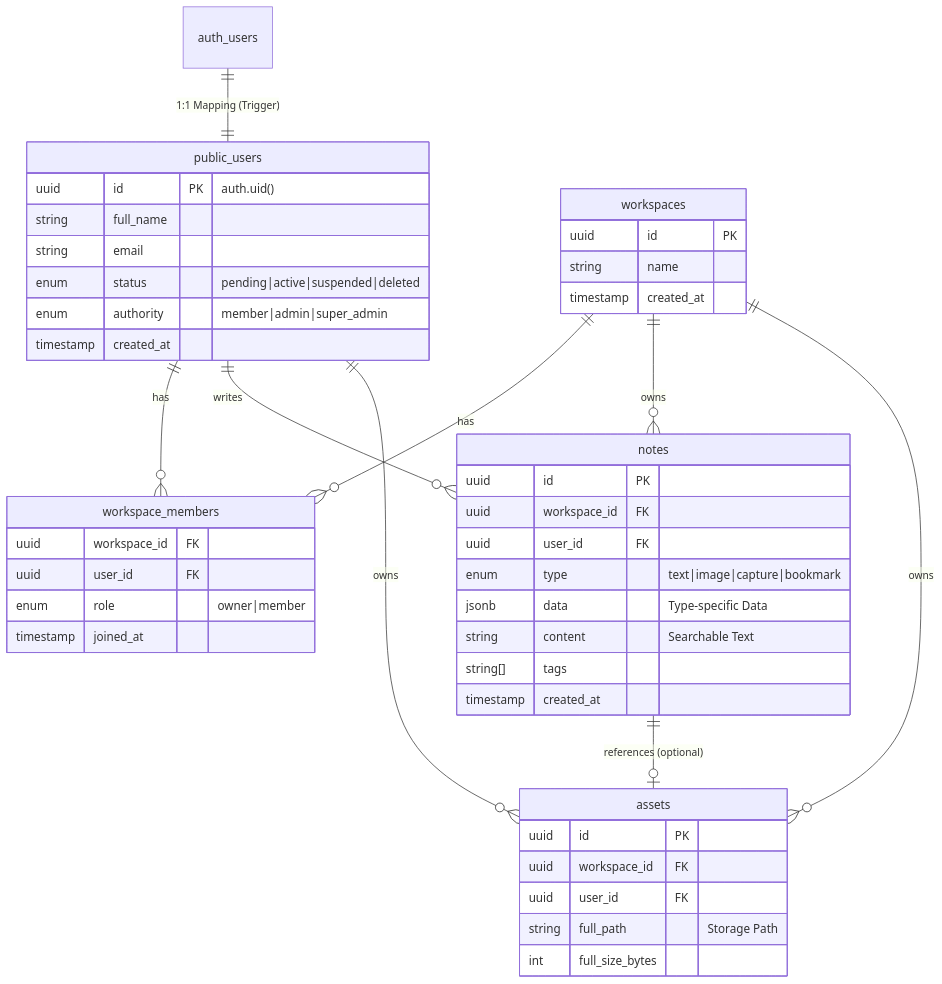
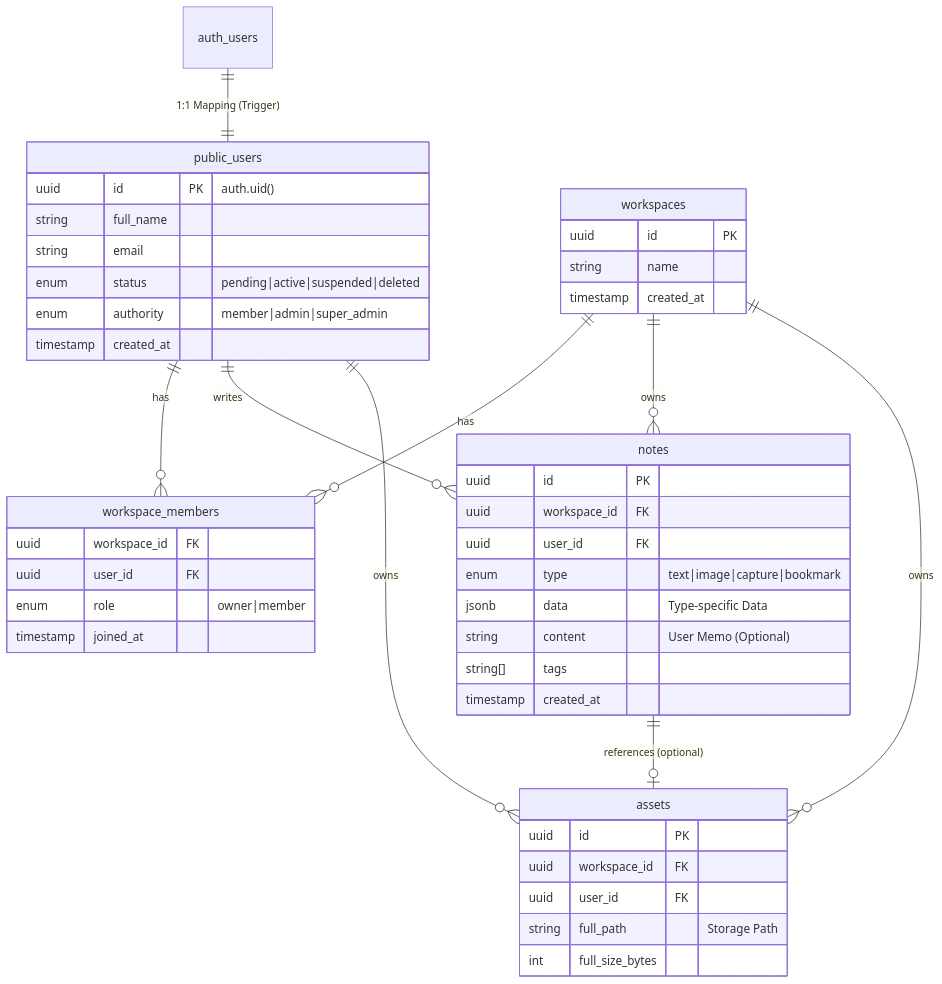
Before and after one commit to seunjin/pickle: the diagram in docs/database_schema.md, drawn with Mermaid. The commit also changed 13 other files, not shown here.

````diff
--- a/docs/database_schema.md
+++ b/docs/database_schema.md
@@ -13,56 +13,56 @@
 ```mermaid
 erDiagram
     auth_users ||--|| public_users : "1:1 Mapping (Trigger)"
     
     public_users ||--o{ workspace_members : "has"
     workspaces ||--o{ workspace_members : "has"
     
     workspaces ||--o{ notes : "owns"
     public_users ||--o{ notes : "writes"
     
     workspaces ||--o{ assets : "owns"
     public_users ||--o{ assets : "owns"
     
     notes ||--o| assets : "references (optional)"
 
     public_users {
         uuid id PK "auth.uid()"
         string full_name
         string email
         enum status "pending|active|suspended|deleted"
         enum authority "member|admin|super_admin"
         timestamp created_at
     }
 
     workspaces {
         uuid id PK
         string name
         timestamp created_at
     }
 
     workspace_members {
         uuid workspace_id FK
         uuid user_id FK
         enum role "owner|member"
         timestamp joined_at
     }
 
     notes {
         uuid id PK
         uuid workspace_id FK
         uuid user_id FK
         enum type "text|image|capture|bookmark"
         jsonb data "Type-specific Data"
-        string content "Searchable Text"
+        string content "User Memo (Optional)"
         string[] tags
         timestamp created_at
     }
 
     assets {
         uuid id PK
         uuid workspace_id FK
         uuid user_id FK
         string full_path "Storage Path"
         int full_size_bytes
     }
 ```
````
